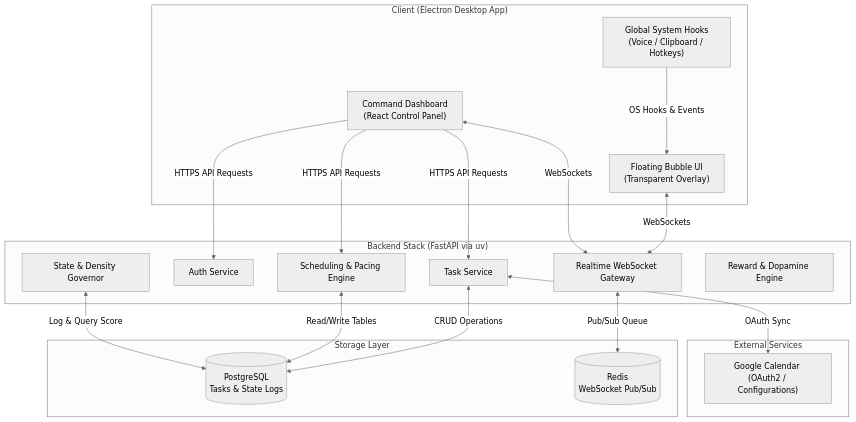
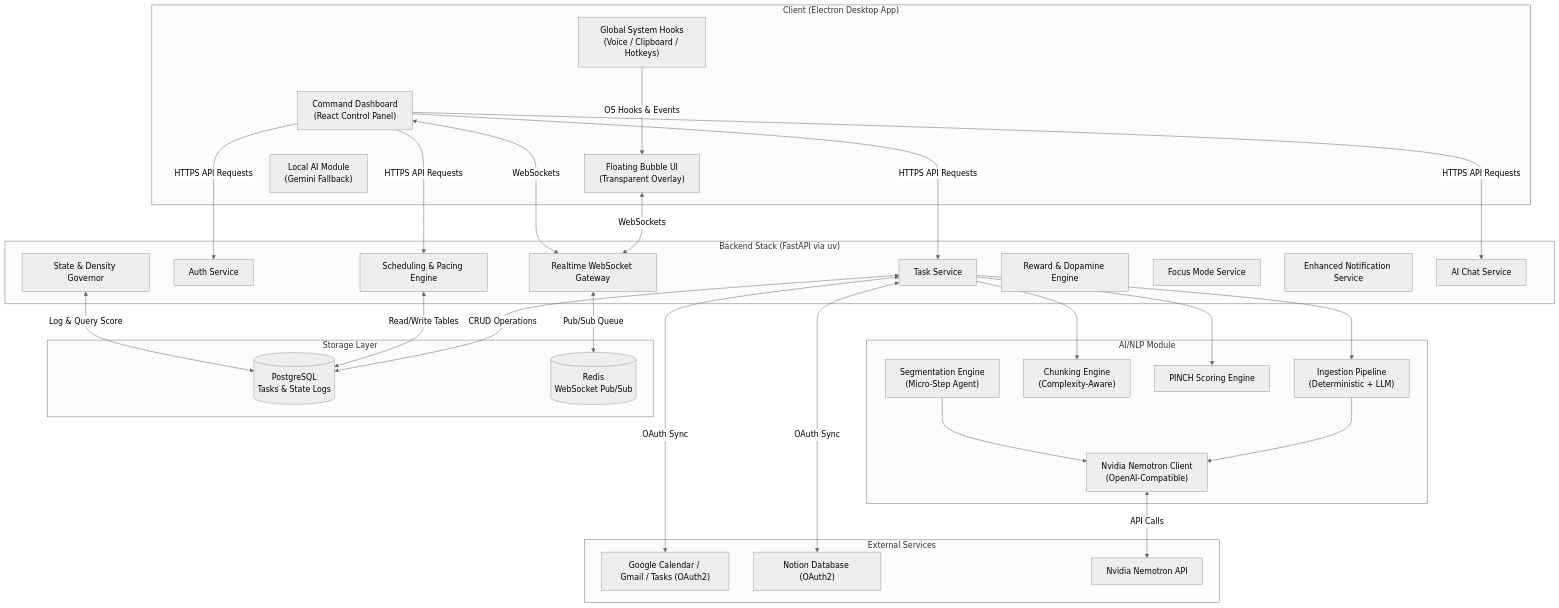
The first of 7 diagrams in README.md (MostafaAI10/Dopa_Pal), drawn with Mermaid (neutral theme) before and after one commit. The commit also changed other lines of this file and 25 other files, not shown here.

````diff
--- a/README.md
+++ b/README.md
@@ -65,41 +118,64 @@
 ```mermaid
 graph TB
     subgraph Client ["Client (Electron Desktop App)"]
         FB["Floating Bubble UI<br/>(Transparent Overlay)"]
         CD["Command Dashboard<br/>(React Control Panel)"]
         GH["Global System Hooks<br/>(Voice / Clipboard / Hotkeys)"]
+        LM["Local AI Module<br/>(Gemini Fallback)"]
     end
 
     subgraph Backend ["Backend Stack (FastAPI via uv)"]
         RGW["Realtime WebSocket Gateway"]
         AuthS["Auth Service"]
         TaskS["Task Service"]
         SchedE["Scheduling & Pacing Engine"]
         StateE["State & Density Governor"]
         RewardS["Reward & Dopamine Engine"]
+        FocusS["Focus Mode Service"]
+        NotifS["Enhanced Notification Service"]
+        ChatS["AI Chat Service"]
+    end
+
+    subgraph AI ["AI/NLP Module"]
+        IngP["Ingestion Pipeline<br/>(Deterministic + LLM)"]
+        Chunk["Chunking Engine<br/>(Complexity-Aware)"]
+        Pinch["PINCH Scoring Engine"]
+        Seg["Segmentation Engine<br/>(Micro-Step Agent)"]
+        LLM["Nvidia Nemotron Client<br/>(OpenAI-Compatible)"]
     end
 
     subgraph External ["External Services"]
-        GCal["Google Calendar (OAuth2 / Configurations)"]
+        GCal["Google Calendar / Gmail / Tasks (OAuth2)"]
+        Notion["Notion Database (OAuth2)"]
+        Nvidia["Nvidia Nemotron API"]
     end
 
     subgraph Storage ["Storage Layer"]
         Postgres[(PostgreSQL<br/>Tasks & State Logs)]
         Redis[(Redis<br/>WebSocket Pub/Sub)]
     end
 
     %% Client Communication
     FB <-->|WebSockets| RGW
     CD <-->|WebSockets| RGW
-    CD --->|HTTPS API Requests| AuthS & TaskS & SchedE
+    CD --->|HTTPS API Requests| AuthS & TaskS & SchedE & ChatS
     GH --->|OS Hooks & Events| FB
+
+    %% Backend to AI
+    TaskS --> IngP
+    TaskS --> Chunk
+    TaskS --> Pinch
+    IngP --> LLM
+    Seg --> LLM
 
     %% Backend Internals & Storage
     RGW <-->|Pub/Sub Queue| Redis
     TaskS <-->|CRUD Operations| Postgres
     SchedE <-->|Read/Write Tables| Postgres
     StateE <-->|Log & Query Score| Postgres
 
     %% Backend to External
     TaskS <-->|OAuth Sync| GCal
+    TaskS <-->|OAuth Sync| Notion
+    LLM <-->|API Calls| Nvidia
 ```
````
